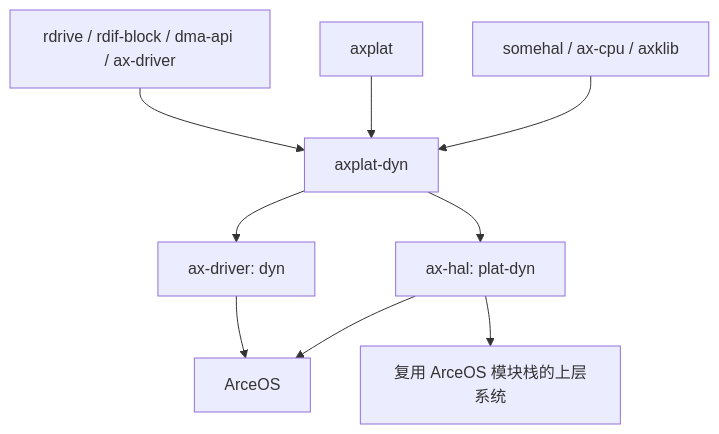
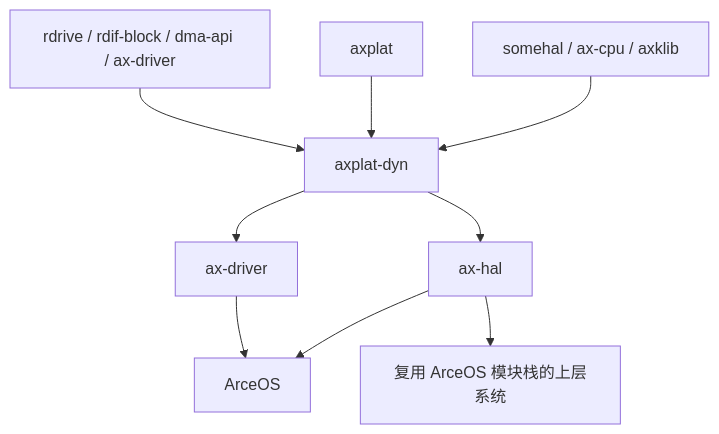
Before and after one commit to rcore-os/tgoskits: the third of 3 diagrams in docs/docs/components/crates/axplat-dyn.md, drawn with Mermaid. The commit also changed other lines of this file and 131 other files, not shown here.

Commit message:
refactor: remove plat-dyn feature, make dynamic platform the only path

````diff
--- a/docs/docs/components/crates/axplat-dyn.md
+++ b/docs/docs/components/crates/axplat-dyn.md
@@ -212,13 +212,13 @@
 ```mermaid
 graph TD
     A[somehal / ax-cpu / axklib] --> B[axplat-dyn]
     C[axplat] --> B
     D[rdrive / rdif-block / dma-api / ax-driver] --> B
 
-    B --> E[ax-hal: plat-dyn]
-    B --> F[ax-driver: dyn]
+    B --> E[ax-hal]
+    B --> F[ax-driver]
 
     E --> G[ArceOS]
     F --> G
     E --> H[复用 ArceOS 模块栈的上层系统]
 ```
````
